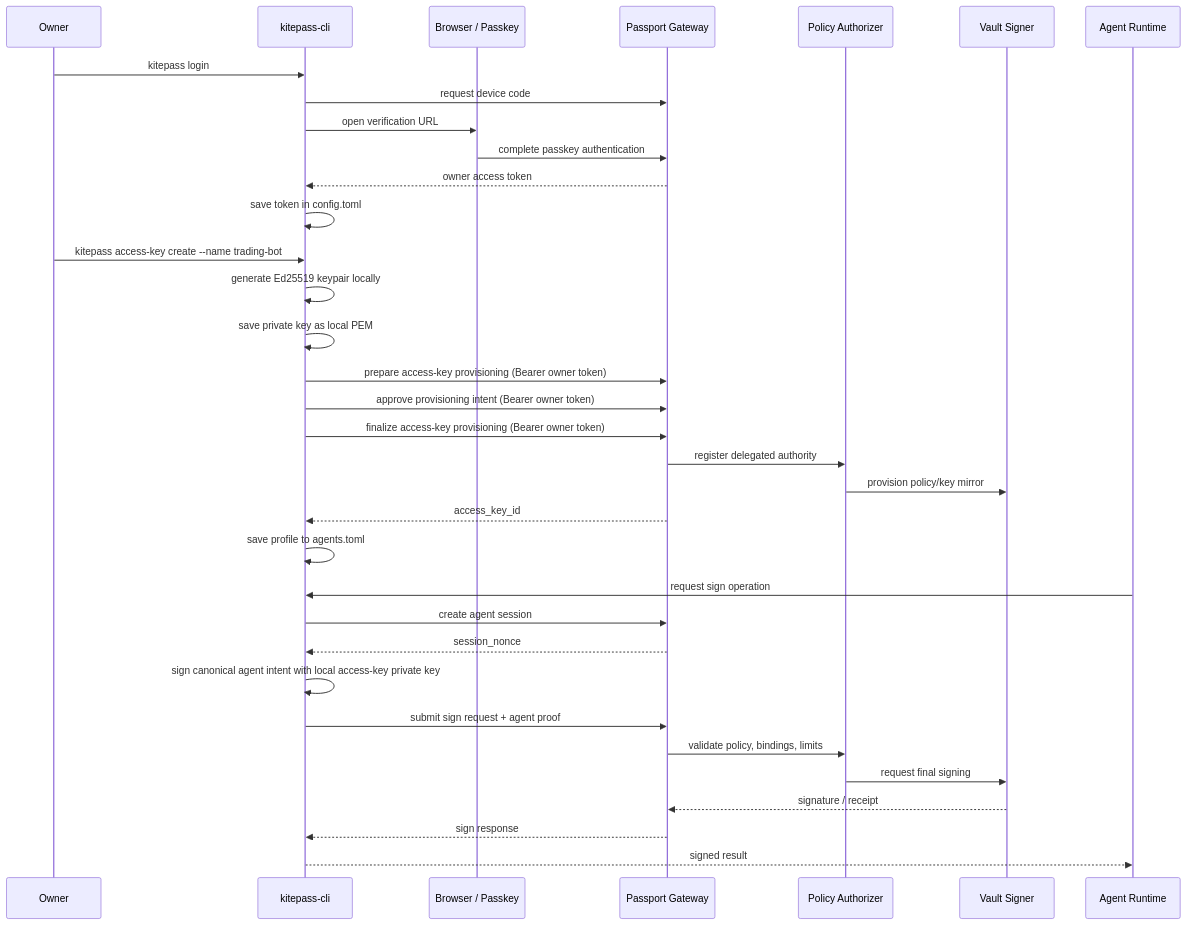
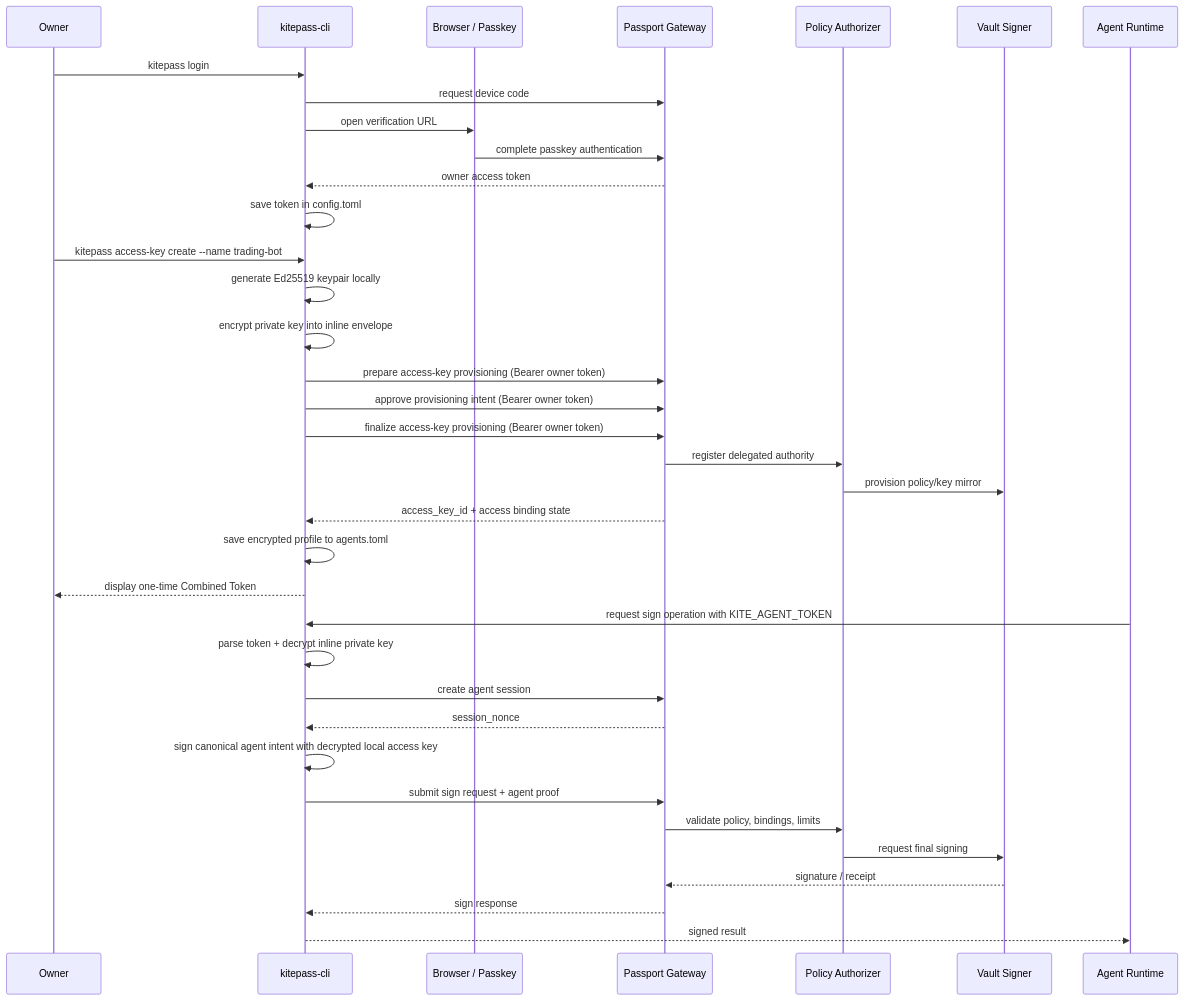
One commit to zfdang/agent-passport-cli changed the diagram in docs/owner-token-and-agent-access-key-flow.md. Above: the diagram before and after it, drawn with Mermaid. The commit also changed other lines of this file and 26 other files, not shown here.

````diff
--- a/docs/owner-token-and-agent-access-key-flow.md
+++ b/docs/owner-token-and-agent-access-key-flow.md
@@ -14,39 +14,41 @@
 ```mermaid
 sequenceDiagram
     participant Owner as Owner
     participant CLI as kitepass-cli
     participant Browser as Browser / Passkey
     participant Gateway as Passport Gateway
     participant Authz as Policy Authorizer
     participant Vault as Vault Signer
     participant Agent as Agent Runtime
 
     Owner->>CLI: kitepass login
     CLI->>Gateway: request device code
     CLI->>Browser: open verification URL
     Browser->>Gateway: complete passkey authentication
     Gateway-->>CLI: owner access token
     CLI->>CLI: save token in config.toml
 
     Owner->>CLI: kitepass access-key create --name trading-bot
     CLI->>CLI: generate Ed25519 keypair locally
-    CLI->>CLI: save private key as local PEM
+    CLI->>CLI: encrypt private key into inline envelope
     CLI->>Gateway: prepare access-key provisioning (Bearer owner token)
     CLI->>Gateway: approve provisioning intent (Bearer owner token)
     CLI->>Gateway: finalize access-key provisioning (Bearer owner token)
     Gateway->>Authz: register delegated authority
     Authz->>Vault: provision policy/key mirror
-    Gateway-->>CLI: access_key_id
-    CLI->>CLI: save profile to agents.toml
+    Gateway-->>CLI: access_key_id + access binding state
+    CLI->>CLI: save encrypted profile to agents.toml
+    CLI-->>Owner: display one-time Combined Token
 
-    Agent->>CLI: request sign operation
+    Agent->>CLI: request sign operation with KITE_AGENT_TOKEN
+    CLI->>CLI: parse token + decrypt inline private key
     CLI->>Gateway: create agent session
     Gateway-->>CLI: session_nonce
-    CLI->>CLI: sign canonical agent intent with local access-key private key
+    CLI->>CLI: sign canonical agent intent with decrypted local access key
     CLI->>Gateway: submit sign request + agent proof
     Gateway->>Authz: validate policy, bindings, limits
     Authz->>Vault: request final signing
     Vault-->>Gateway: signature / receipt
     Gateway-->>CLI: sign response
     CLI-->>Agent: signed result
 ```
````
